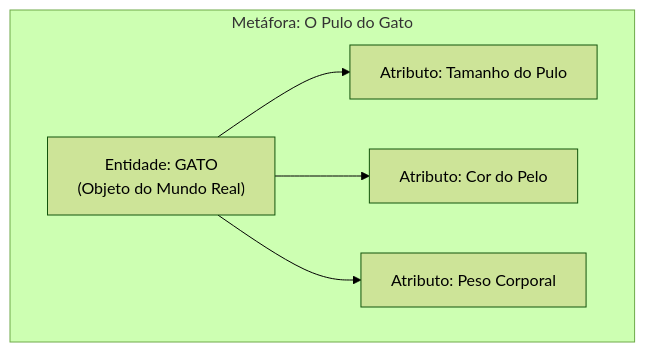
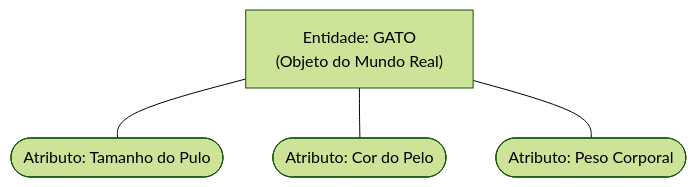
One commit to leorruas/puc changed the first of 8 diagrams in 02. Modelagem de Dados/05. Modelagem de entidades e tipos de atributos.md. Above: the diagram before and after it, drawn with Mermaid (forest theme). The commit also changed other lines of this file, not shown here.

Commit message:
feat(modelagem-dados): render exact Peter Chen geometric shapes in Mermaid (ellipses, double rings, dashed borders, underlines)

````diff
--- a/02. Modelagem de Dados/05. Modelagem de entidades e tipos de atributos.md
+++ b/02. Modelagem de Dados/05. Modelagem de entidades e tipos de atributos.md
@@ -48,13 +48,11 @@
 ```mermaid
 flowchart TD
-    subgraph SubgraphPuloDoGato["Metáfora: O Pulo do Gato"]
-        Gato["Entidade: GATO<br>(Objeto do Mundo Real)"]
-        Pulo["Atributo: Tamanho do Pulo"]
-        Cor["Atributo: Cor do Pelo"]
-        Peso["Atributo: Peso Corporal"]
+    Gato["Entidade: GATO<br>(Objeto do Mundo Real)"]
+    Pulo(["Atributo: Tamanho do Pulo"])
+    Cor(["Atributo: Cor do Pelo"])
+    Peso(["Atributo: Peso Corporal"])
 
-        Gato --> Pulo
-        Gato --> Cor
-        Gato --> Peso
-    end
+    Gato --- Pulo
+    Gato --- Cor
+    Gato --- Peso
 ```
````
